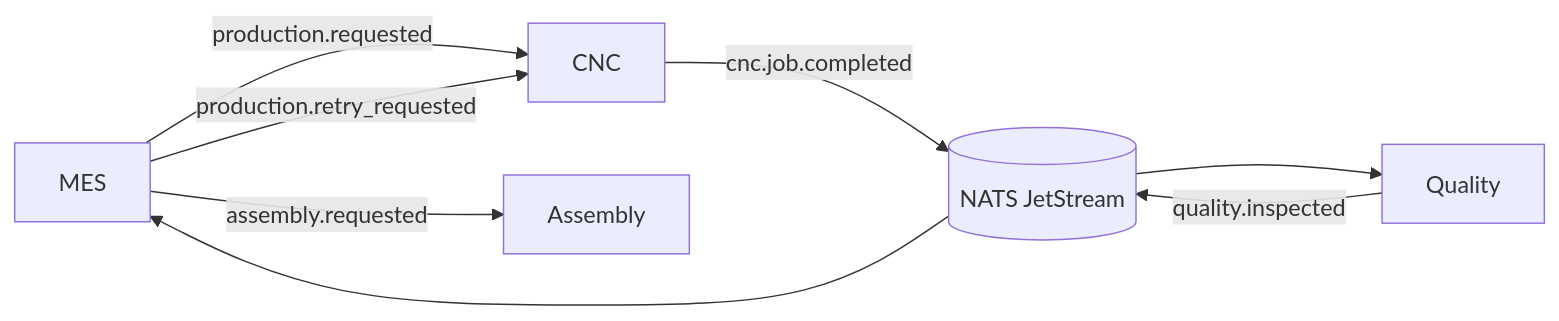
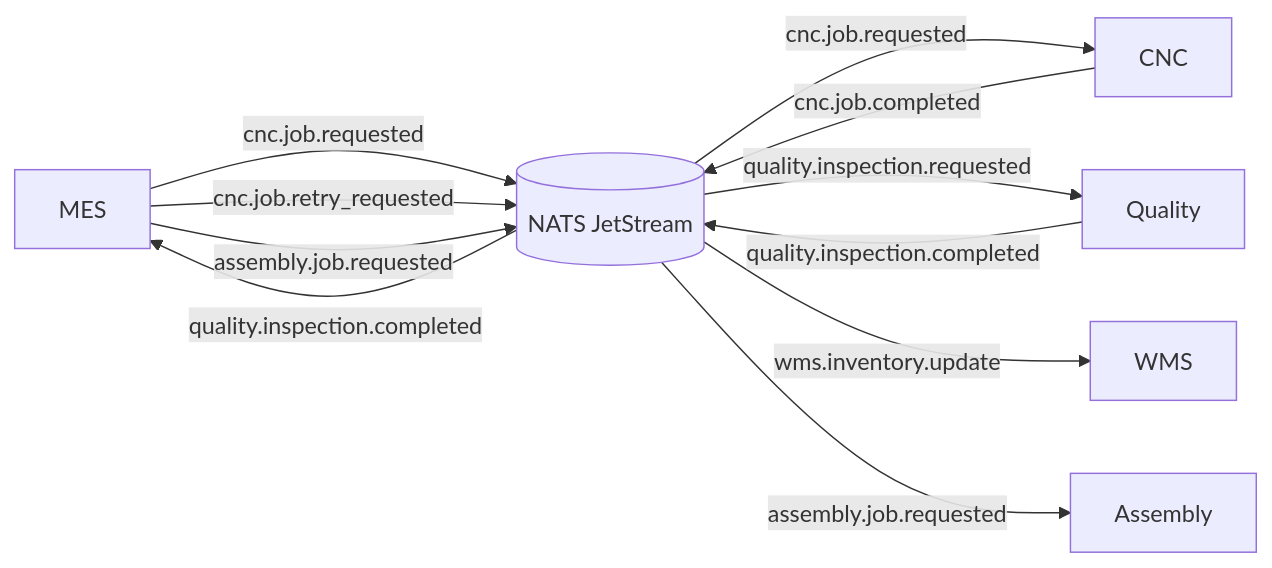
Before and after one commit to coderps/JobyTHC: the diagram in docs/ADRs/ADR-003-mes-production-orchestrator.md, drawn with Mermaid. The commit also changed other lines of this file and 35 other files, not shown here.

````diff
--- a/docs/ADRs/ADR-003-mes-production-orchestrator.md
+++ b/docs/ADRs/ADR-003-mes-production-orchestrator.md
@@ -52,13 +52,16 @@
 ```mermaid
 flowchart LR
 
-MES -->|production.requested| CNC
-CNC -->|cnc.job.completed| EventBus[(NATS JetStream)]
-EventBus --> Quality
+MES -->|cnc.job.requested| EventBus[(NATS JetStream)]
+EventBus -->|cnc.job.requested| CNC
+CNC -->|cnc.job.completed| EventBus
+EventBus -->|quality.inspection.requested| Quality
 
-Quality -->|quality.inspected| EventBus
-EventBus --> MES
+Quality -->|quality.inspection.completed| EventBus
+EventBus -->|quality.inspection.completed| MES
 
-MES -->|assembly.requested| Assembly
-MES -->|production.retry_requested| CNC
+MES -->|cnc.job.retry_requested| EventBus
+MES -->|assembly.job.requested| EventBus
+EventBus -->|wms.inventory.update| WMS
+EventBus -->|assembly.job.requested| Assembly
 ```
````
